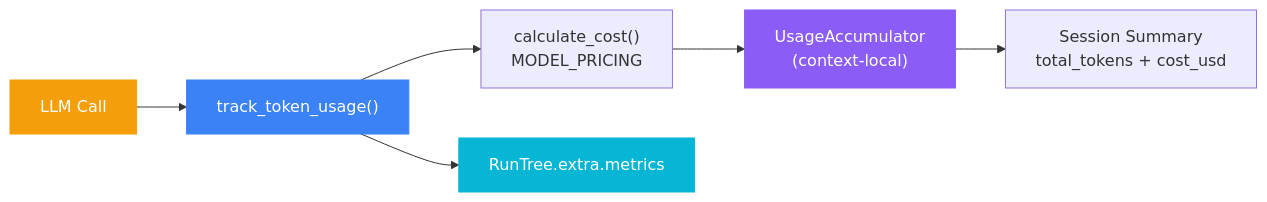
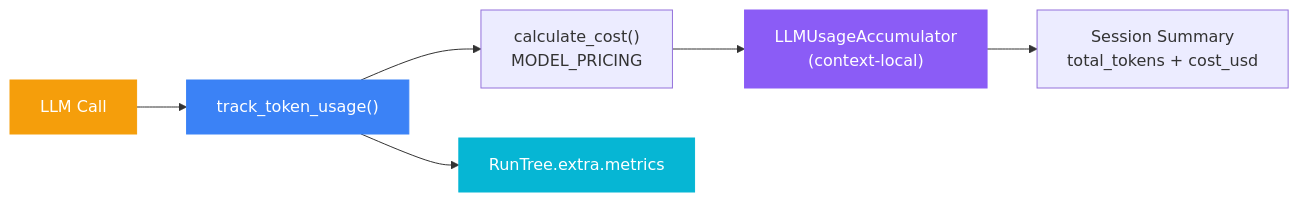
The seventh of 12 diagrams in README.md (mangowhoiscloud/geode), drawn with Mermaid before and after one commit. The commit also changed other lines of this file, not shown here.

First line of the commit message:
docs: fix mermaid accuracy + add 8 missing feature sections

````diff
--- a/README.md
+++ b/README.md
@@ -243,14 +249,14 @@
 ```mermaid
 graph LR
     LLM["LLM Call"] --> Track["track_token_usage()"]
     Track --> Cost["calculate_cost()<br/>MODEL_PRICING"]
     Track --> RT["RunTree.extra.metrics"]
-    Cost --> Acc["UsageAccumulator<br/>(context-local)"]
+    Cost --> Acc["LLMUsageAccumulator<br/>(context-local)"]
 
     Acc --> Summary["Session Summary<br/>total_tokens + cost_usd"]
 
     style LLM fill:#f59e0b,stroke:#f59e0b,color:#fff
     style Track fill:#3b82f6,stroke:#3b82f6,color:#fff
     style Acc fill:#8b5cf6,stroke:#8b5cf6,color:#fff
     style RT fill:#06b6d4,stroke:#06b6d4,color:#fff
 ```
````
